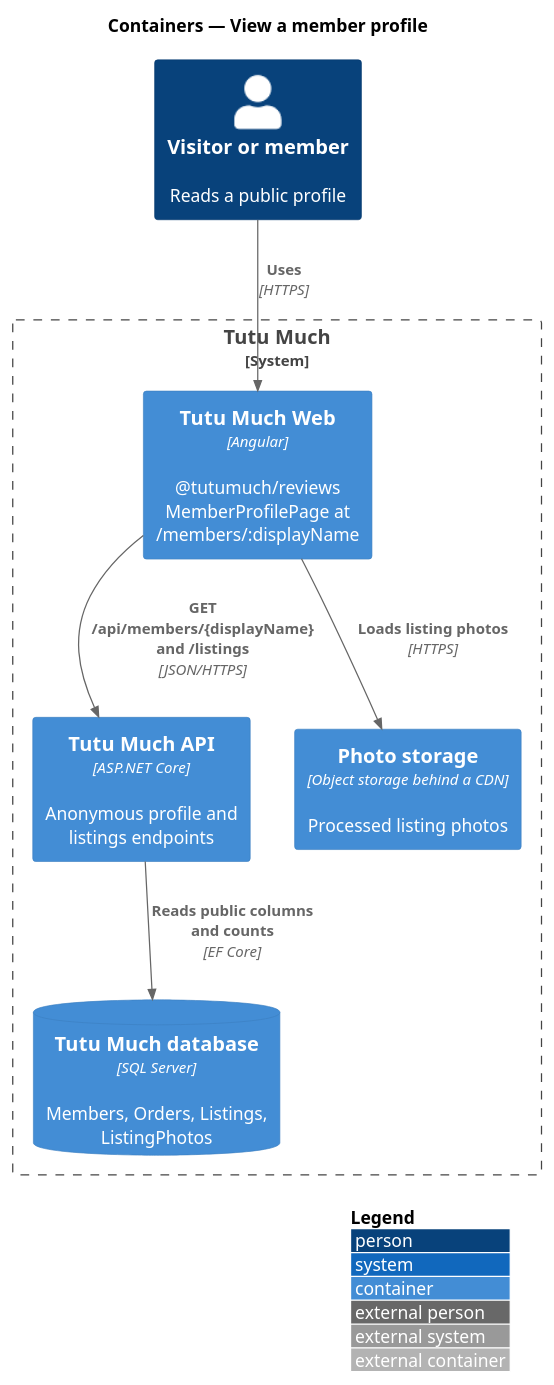
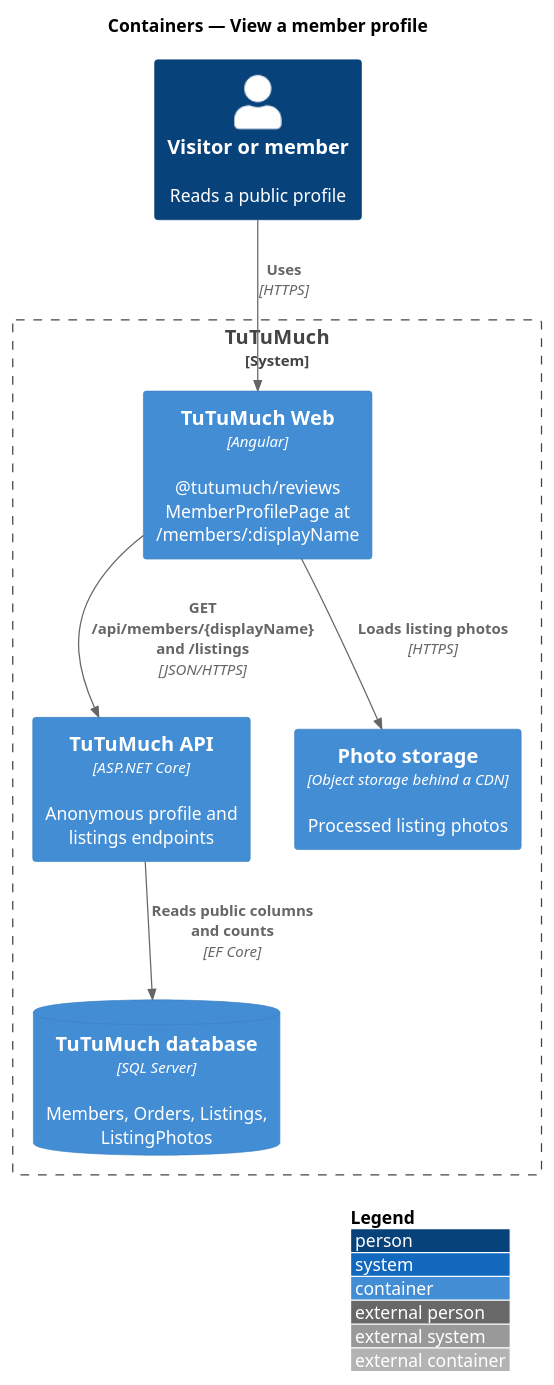
Before and after one commit to QuinntyneBrown/tutumuch: the diagram in docs/detailed-designs/reviews/view-member-profile/diagrams/c4-container.puml, drawn with PlantUML. The commit also changed 1004 other files, not shown here.

```diff
--- a/docs/detailed-designs/reviews/view-member-profile/diagrams/c4-container.puml
+++ b/docs/detailed-designs/reviews/view-member-profile/diagrams/c4-container.puml
@@ -1,18 +1,18 @@
 @startuml
 !include <C4/C4_Container>
 LAYOUT_WITH_LEGEND()
 title Containers — View a member profile
 
 Person(visitor, "Visitor or member", "Reads a public profile")
-System_Boundary(tutumuch, "Tutu Much") {
-  Container(web, "Tutu Much Web", "Angular", "@tutumuch/reviews MemberProfilePage at /members/:displayName")
-  Container(api, "Tutu Much API", "ASP.NET Core", "Anonymous profile and listings endpoints")
-  ContainerDb(db, "Tutu Much database", "SQL Server", "Members, Orders, Listings, ListingPhotos")
+System_Boundary(tutumuch, "TuTuMuch") {
+  Container(web, "TuTuMuch Web", "Angular", "@tutumuch/reviews MemberProfilePage at /members/:displayName")
+  Container(api, "TuTuMuch API", "ASP.NET Core", "Anonymous profile and listings endpoints")
+  ContainerDb(db, "TuTuMuch database", "SQL Server", "Members, Orders, Listings, ListingPhotos")
   Container(photos, "Photo storage", "Object storage behind a CDN", "Processed listing photos")
 }
 
 Rel(visitor, web, "Uses", "HTTPS")
 Rel(web, api, "GET /api/members/{displayName} and /listings", "JSON/HTTPS")
 Rel(api, db, "Reads public columns and counts", "EF Core")
 Rel(web, photos, "Loads listing photos", "HTTPS")
 @enduml
```
